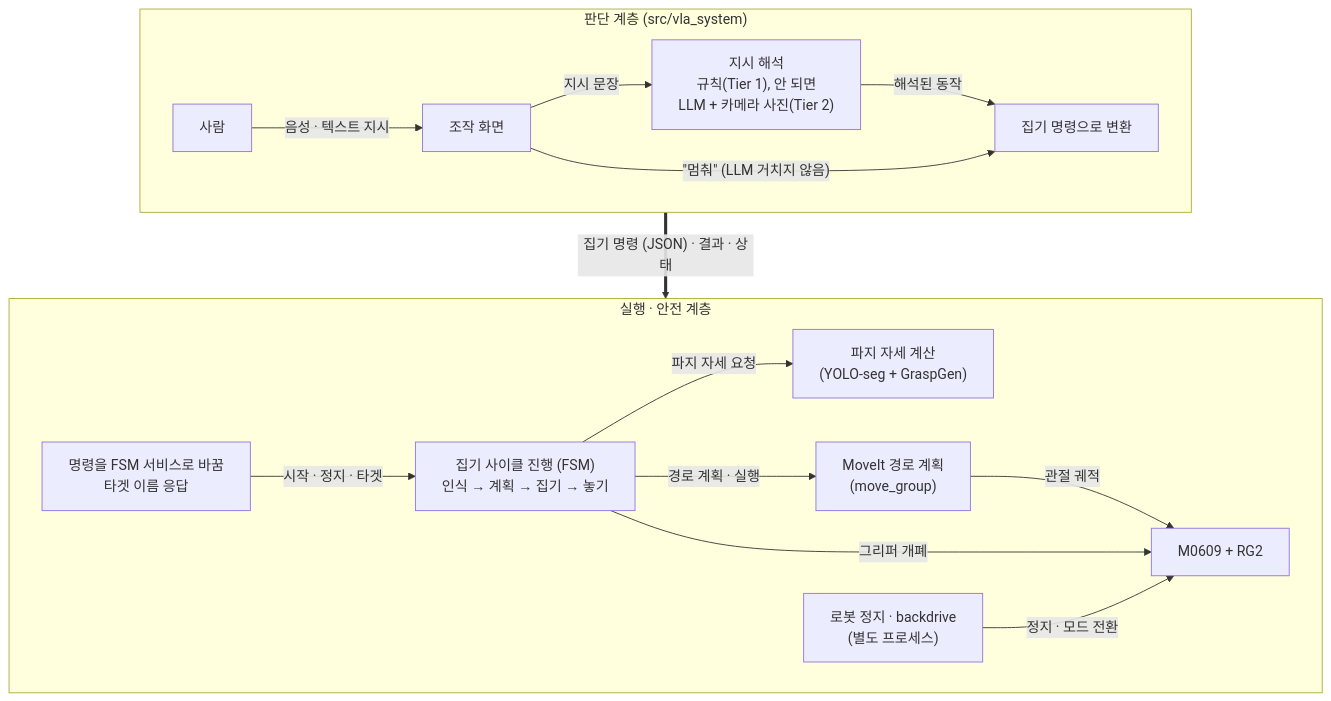
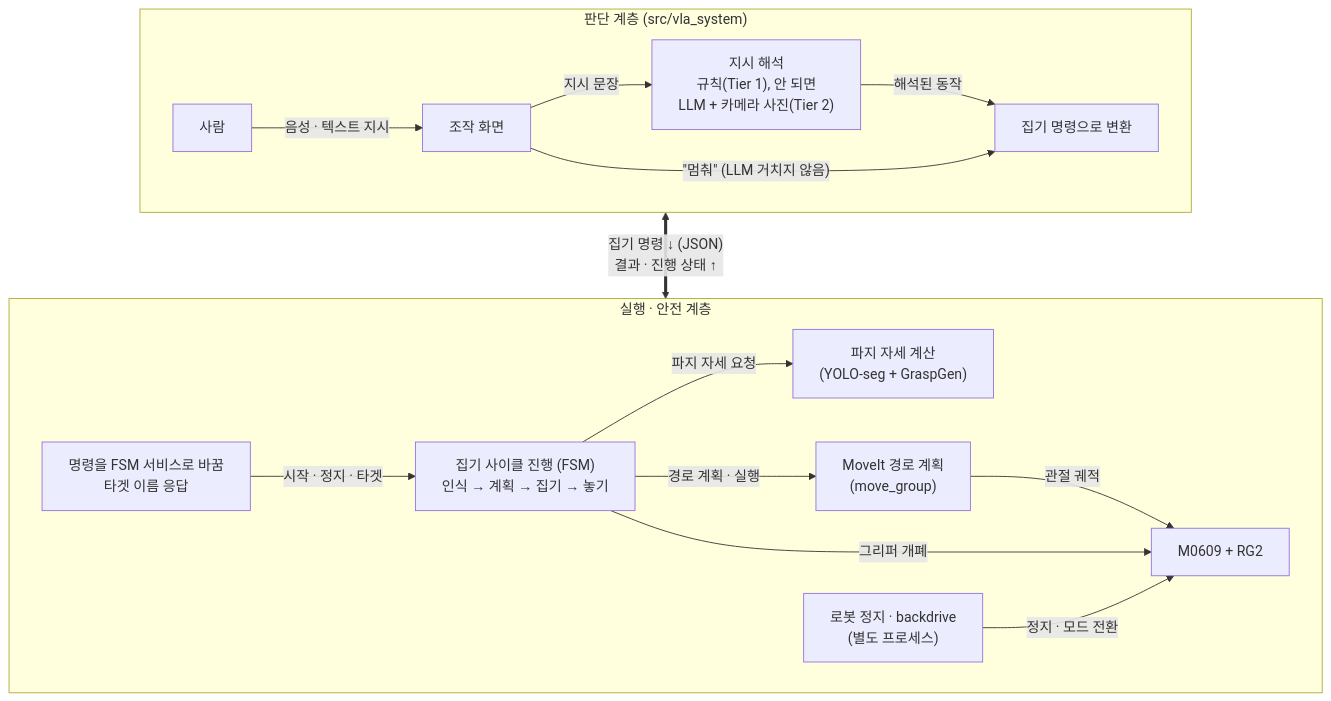
Before and after one commit to gwanhuiGIM/Rokey_cobot2: the first of 3 diagrams in README.md, drawn with Mermaid. The commit also changed other lines of this file, not shown here.

````diff
--- a/README.md
+++ b/README.md
@@ -17,18 +17,18 @@
 ```mermaid
 flowchart TB
     subgraph JUDGE["판단 계층 (src/vla_system)"]
         direction LR
         P["사람"] -->|"음성 · 텍스트 지시"| GUI["조작 화면"] -->|"지시 문장"| AG["지시 해석<br/>규칙(Tier 1), 안 되면<br/>LLM + 카메라 사진(Tier 2)"]
         AG -->|"해석된 동작"| BR["집기 명령으로 변환"]
         GUI -->|"&quot;멈춰&quot; (LLM 거치지 않음)"| BR
     end
-    JUDGE ==>|"집기 명령 (JSON) · 결과 · 상태"| EXEC
+    JUDGE <==>|"집기 명령 ↓ (JSON)<br/>결과 · 진행 상태 ↑"| EXEC
     subgraph EXEC["실행 · 안전 계층"]
         direction LR
         CMD["명령을 FSM 서비스로 바꿈<br/>타겟 이름 응답"] -->|"시작 · 정지 · 타겟"| TM["집기 사이클 진행 (FSM)<br/>인식 → 계획 → 집기 → 놓기"]
         TM -->|"파지 자세 요청"| GG["파지 자세 계산<br/>(YOLO-seg + GraspGen)"]
         TM -->|"경로 계획 · 실행"| MG["MoveIt 경로 계획<br/>(move_group)"] -->|"관절 궤적"| ROBOT["M0609 + RG2"]
         TM -->|"그리퍼 개폐"| ROBOT
         SAFE["로봇 정지 · backdrive<br/>(별도 프로세스)"] -->|"정지 · 모드 전환"| ROBOT
     end
 ```
````
